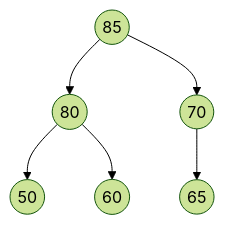
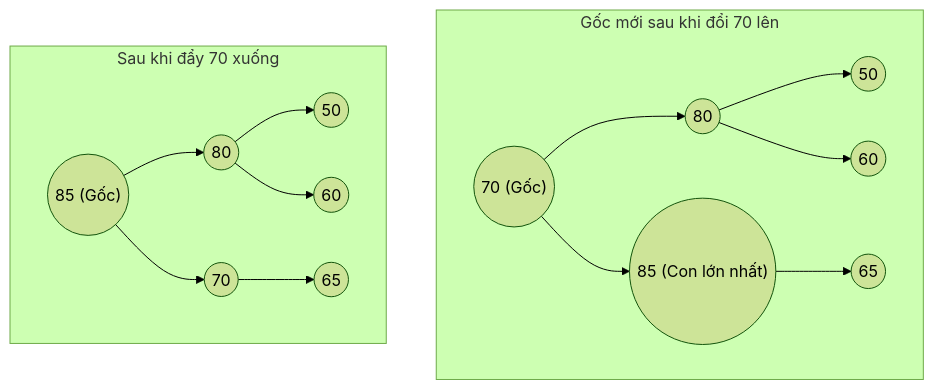
The third of 3 diagrams in docs/lessons/heap.md (FPTOJ-OJ/fptoj_wiki), drawn with Mermaid (forest theme) before and after one commit. The commit also changed other lines of this file and 377 other files, not shown here.

````diff
--- a/docs/lessons/heap.md
+++ b/docs/lessons/heap.md
@@ -126,8 +145,17 @@
 ```mermaid
 graph TD
-    85(("85")) --> 80(("80"))
-    85(("85")) --> 70(("70"))
-    80(("80")) --> 50(("50"))
-    80(("80")) --> 60(("60"))
-    70(("70")) --> 65(("65"))
+    subgraph Goc ["Gốc mới sau khi đổi 70 lên"]
+        g1(("70 (Gốc)")) --> g2(("80"))
+        g1 --> g3(("85 (Con lớn nhất)"))
+        g2 --> g4(("50"))
+        g2 --> g5(("60"))
+        g3 --> g6(("65"))
+    end
+    subgraph Heapify ["Sau khi đẩy 70 xuống"]
+        h1(("85 (Gốc)")) --> h2(("80"))
+        h1 --> h3(("70"))
+        h2 --> h4(("50"))
+        h2 --> h5(("60"))
+        h3 --> h6(("65"))
+    end
 ```
````
